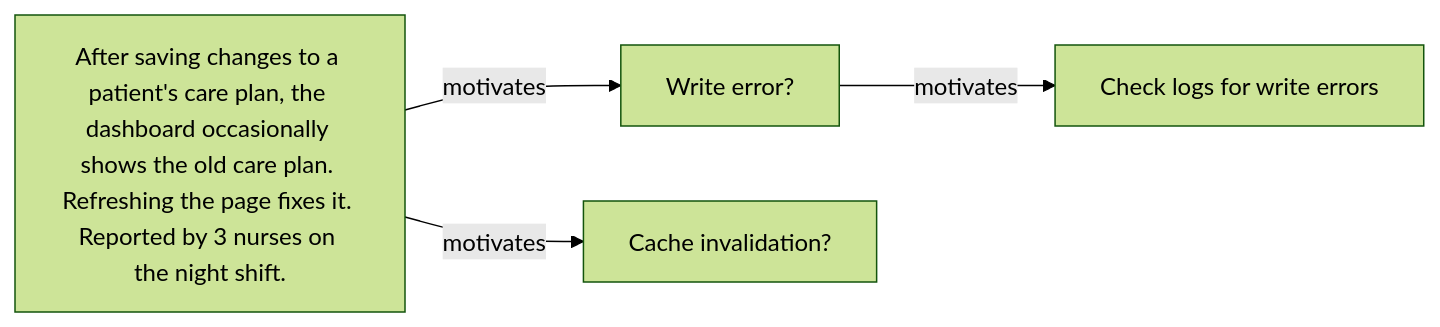
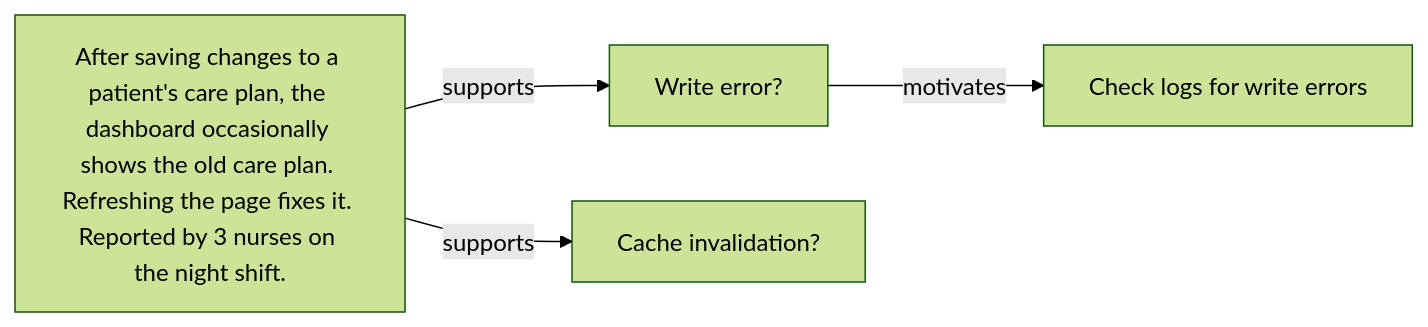
The diagram in diagrams/bug.mmd (kahunacohen/why), drawn with Mermaid (forest theme) before and after one commit.

```diff
--- a/diagrams/bug.mmd
+++ b/diagrams/bug.mmd
@@ -1,15 +1,15 @@
 %% Bug report: After saving changes to a patient's care plan, the dashboard occasionally shows the old care plan. Refreshing the page fixes it. Reported by 3 nurses on the night shift.
 %% Root cause: The care plan save endpoint updates a care_plan_notes table but doesn't touch the main care_plans record. The cache invalidation job checks care_plans.updated_at to decide what to evict. Since that timestamp never changes, the job skips it, and the cache keeps
 %% serving the old care plan.
 
 flowchart LR
 
 B1["After saving changes to a patient's care plan, the dashboard occasionally shows the old care plan. Refreshing the page fixes it. Reported by 3 nurses on the night shift."]
 H1["Write error?"]
 H2["Cache invalidation?"]
 
-B1 --> |motivates| H1
-B1 --> |motivates| H2
+B1 --> |supports| H1
+B1 --> |supports| H2
 
 A1["Check logs for write errors"]
 H1 --> |motivates| A1
```
